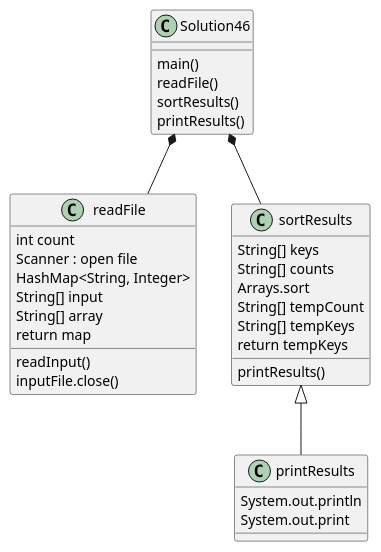
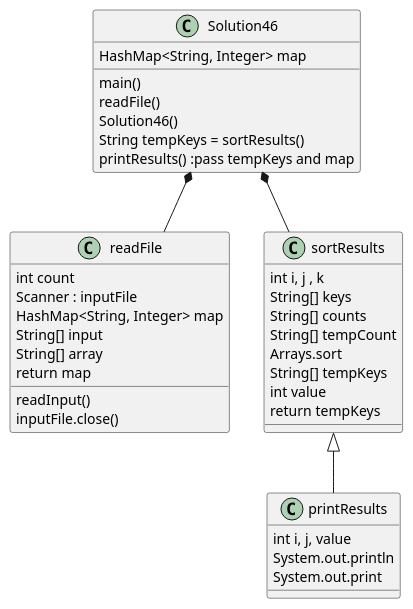
Before and after one commit to lins0409/lin-a04: the diagram in exercise46/docs/exercise46_diagram.puml, drawn with PlantUML.

Commit message:
updated plantUML diagram

```diff
--- a/exercise46/docs/exercise46_diagram.puml
+++ b/exercise46/docs/exercise46_diagram.puml
@@ -1,35 +1,39 @@
 @startuml
 'https://plantuml.com/class-diagram
 
 class Solution46 {
 main()
 readFile()
-sortResults()
-printResults()
+Solution46()
+HashMap<String, Integer> map
+String tempKeys = sortResults()
+printResults() :pass tempKeys and map
 }
 
 Solution46 *-- readFile
 Solution46 *-- sortResults
 sortResults <|-- printResults
+sortResults : int i, j , k
 sortResults : String[] keys
 sortResults : String[] counts
+sortResults : String[] tempCount
 sortResults : Arrays.sort
-sortResults : String[] tempCount
 sortResults : String[] tempKeys
+sortResults : int value
 sortResults : return tempKeys
-sortResults : printResults()
+printResults : int i, j, value
 printResults : System.out.println
 printResults : System.out.print
 
 class readFile{
 {method} readInput()
 int count
-Scanner : open file
-HashMap<String, Integer>
+Scanner : inputFile
+HashMap<String, Integer> map
 String[] input
 String[] array
 inputFile.close()
 return map
 }
 
 @enduml
```
